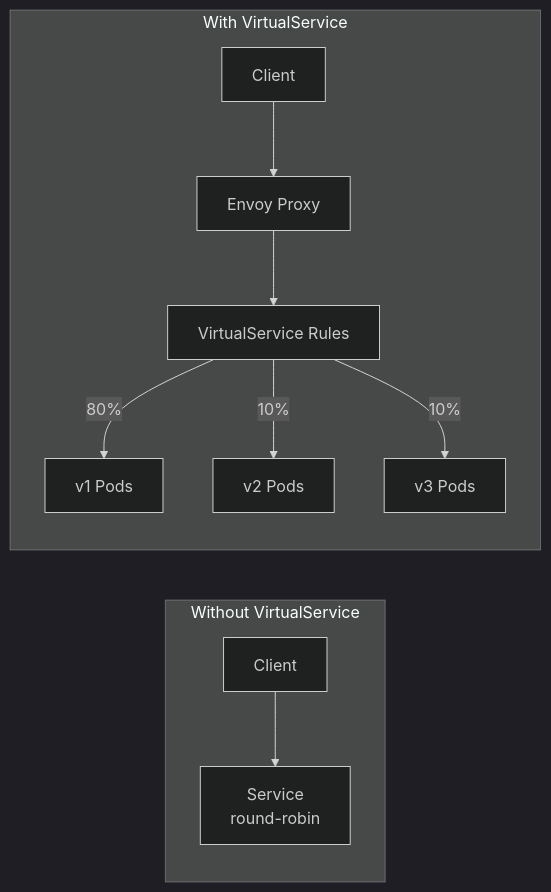
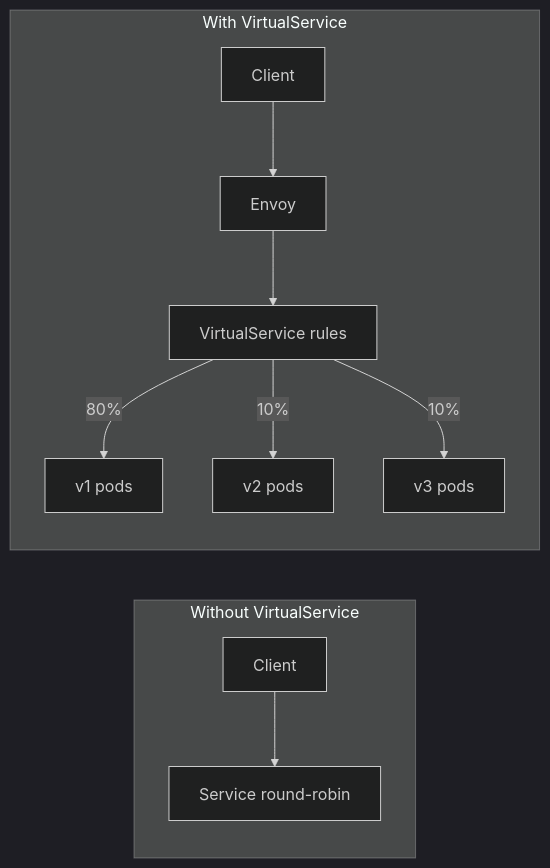
One commit to krisztiankoos/kubedojo changed the first of 3 diagrams in src/content/docs/k8s/ica/module-1.2-istio-traffic-management.md. Above: the diagram before and after it, drawn with Mermaid (dark theme). The commit also changed other lines of this file, not shown here.

````diff
--- a/src/content/docs/k8s/ica/module-1.2-istio-traffic-management.md
+++ b/src/content/docs/k8s/ica/module-1.2-istio-traffic-management.md
@@ -128,14 +119,13 @@
 ```mermaid
 flowchart LR
     subgraph Without VirtualService
-        C1[Client] --> S1[Service<br>round-robin]
+        C1[Client] --> S[Service round-robin]
     end
-    
     subgraph With VirtualService
-        C2[Client] --> E2[Envoy Proxy]
-        E2 --> VS[VirtualService Rules]
-        VS -- 80% --> V1[v1 Pods]
-        VS -- 10% --> V2[v2 Pods]
-        VS -- 10% --> V3[v3 Pods]
+        C2[Client] --> E[Envoy]
+        E --> VS[VirtualService rules]
+        VS -- 80% --> V1[v1 pods]
+        VS -- 10% --> V2[v2 pods]
+        VS -- 10% --> V3[v3 pods]
     end
 ```
````
